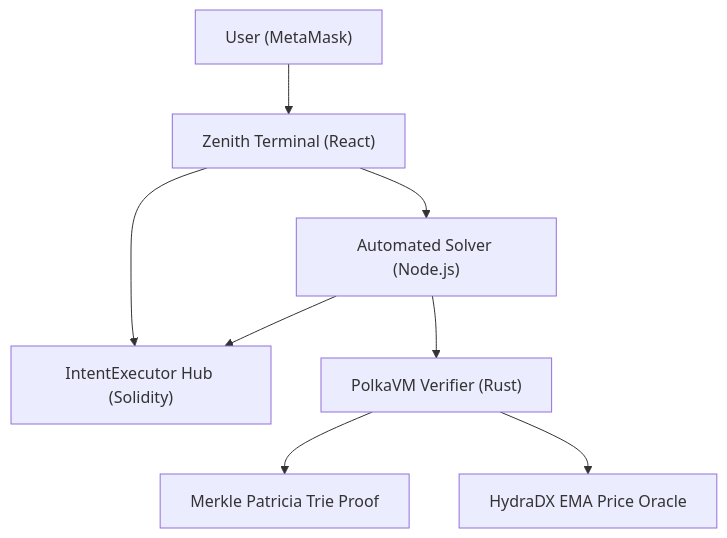
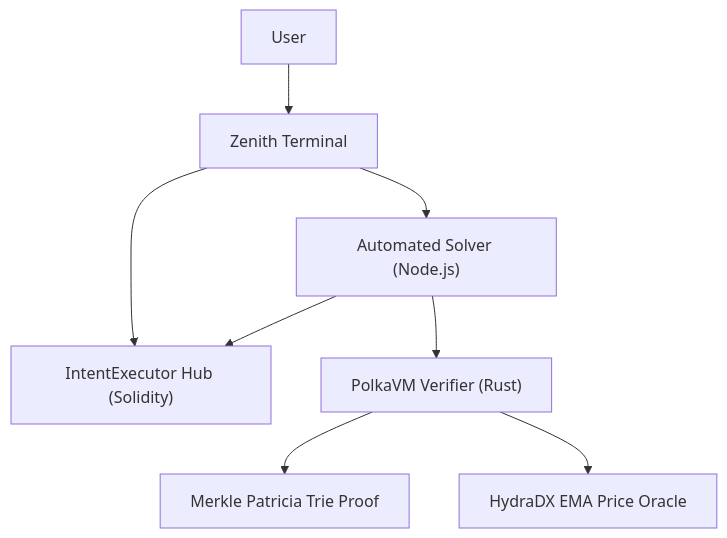
One commit to Kanasjnr/Intent-Based-Cross-Parachain-Solver changed the first of 2 diagrams in README.md. Above: the diagram before and after it, drawn with Mermaid.

````diff
--- a/README.md
+++ b/README.md
@@ -13,10 +13,10 @@
 ```mermaid
 graph TD
-    User["User (MetaMask)"] --> UI["Zenith Terminal (React)"]
+    User["User "] --> UI["Zenith Terminal "]
     UI --> EVM["IntentExecutor Hub (Solidity)"]
     UI --> Solver["Automated Solver (Node.js)"]
     Solver --> EVM
     Solver --> PVM["PolkaVM Verifier (Rust)"]
     PVM --> Proofs["Merkle Patricia Trie Proof"]
     PVM --> Oracle["HydraDX EMA Price Oracle"]
 ```
````
